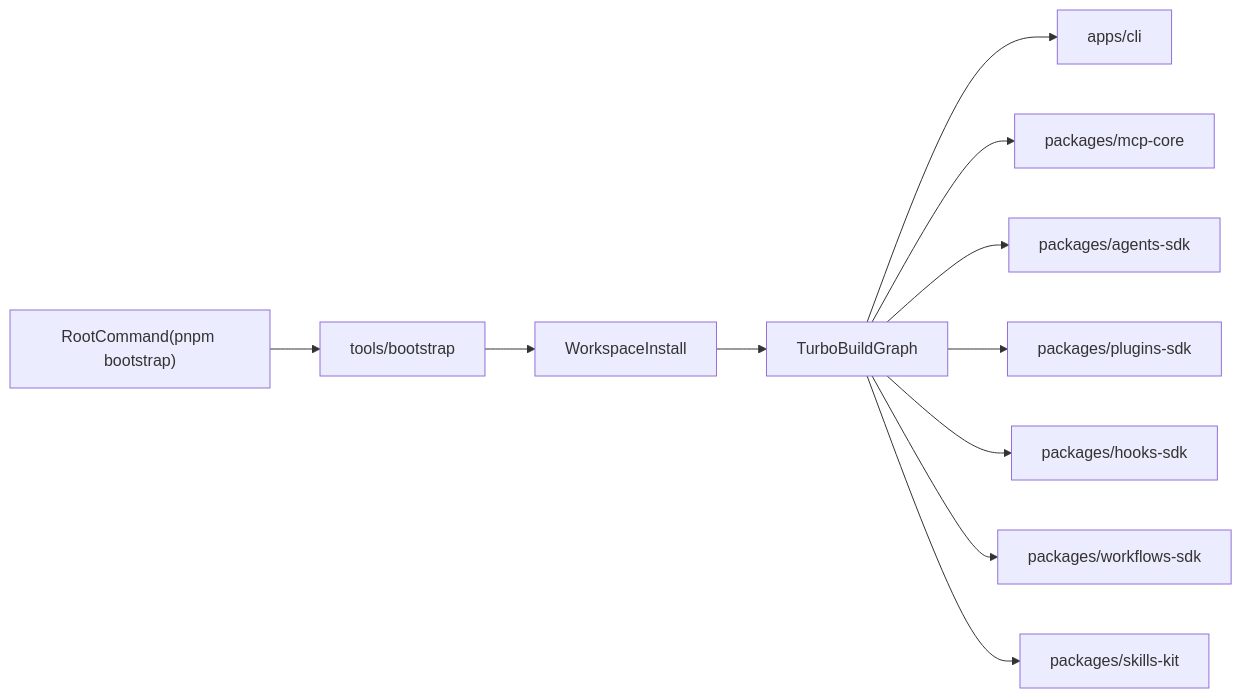
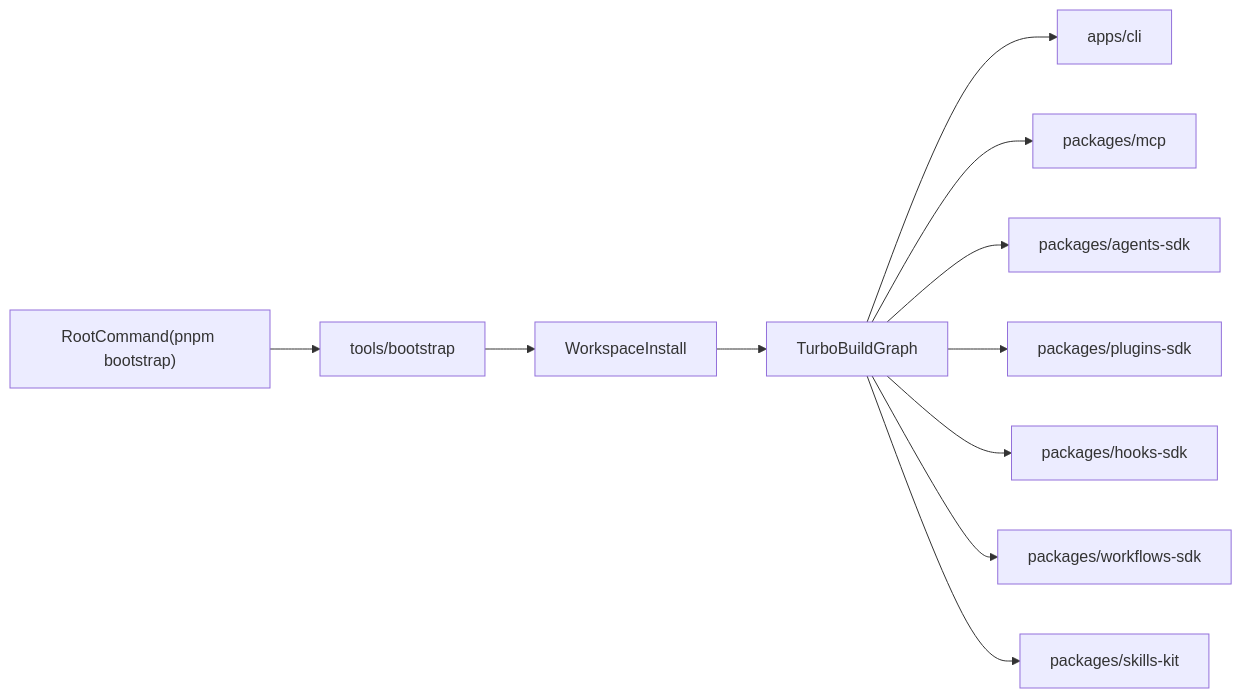
The diagram in docs/muggle-ai-works-rename-and-monorepo-design.md (multiplex-ai/muggle-ai-works), drawn with Mermaid before and after one commit. The commit also changed other lines of this file and 20 other files, not shown here.

First line of the commit message:
chore: rename mcp-core package to mcp and update related references

````diff
--- a/docs/muggle-ai-works-rename-and-monorepo-design.md
+++ b/docs/muggle-ai-works-rename-and-monorepo-design.md
@@ -155,13 +155,13 @@
 ```mermaid
 flowchart LR
     rootCmd["RootCommand(pnpm bootstrap)"] --> toolBootstrap["tools/bootstrap"]
     toolBootstrap --> workspaceInstall["WorkspaceInstall"]
     workspaceInstall --> buildGraph["TurboBuildGraph"]
     buildGraph --> appCli["apps/cli"]
-    buildGraph --> pkgMcp["packages/mcp-core"]
+    buildGraph --> pkgMcp["packages/mcp"]
     buildGraph --> pkgAgent["packages/agents-sdk"]
     buildGraph --> pkgPlugin["packages/plugins-sdk"]
     buildGraph --> pkgHook["packages/hooks-sdk"]
     buildGraph --> pkgWorkflow["packages/workflows-sdk"]
     buildGraph --> pkgSkill["packages/skills-kit"]
 ```
````
